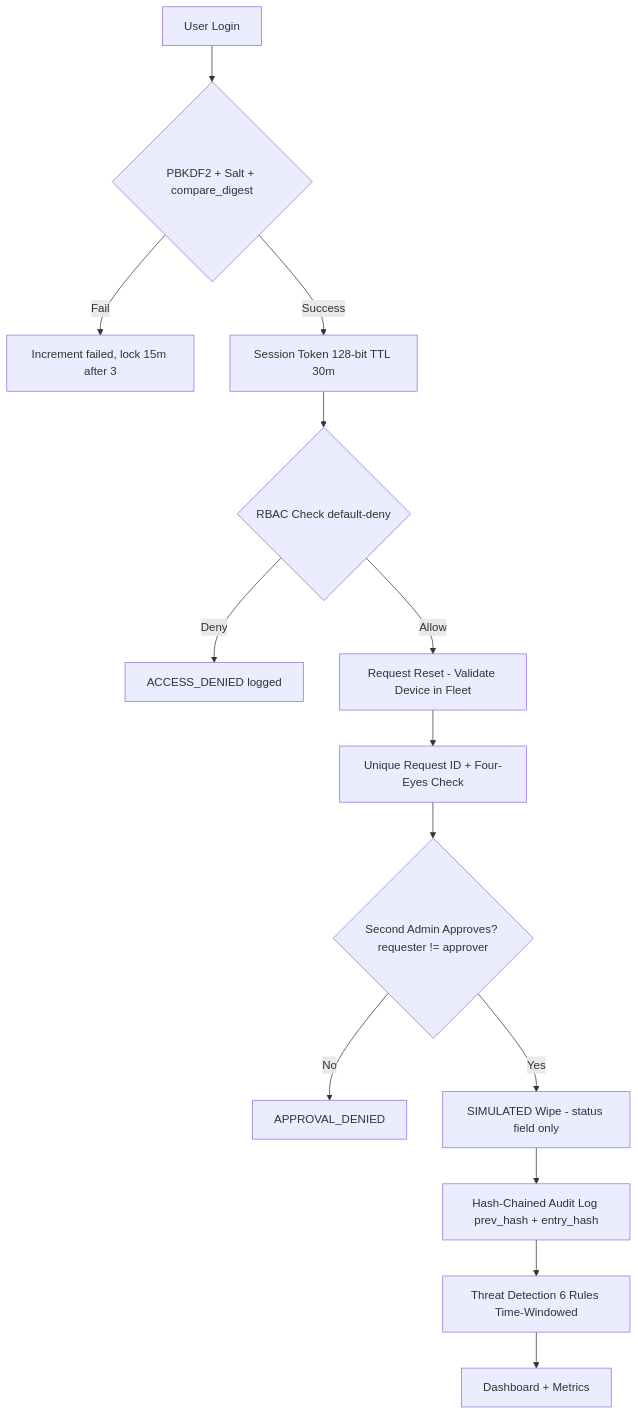
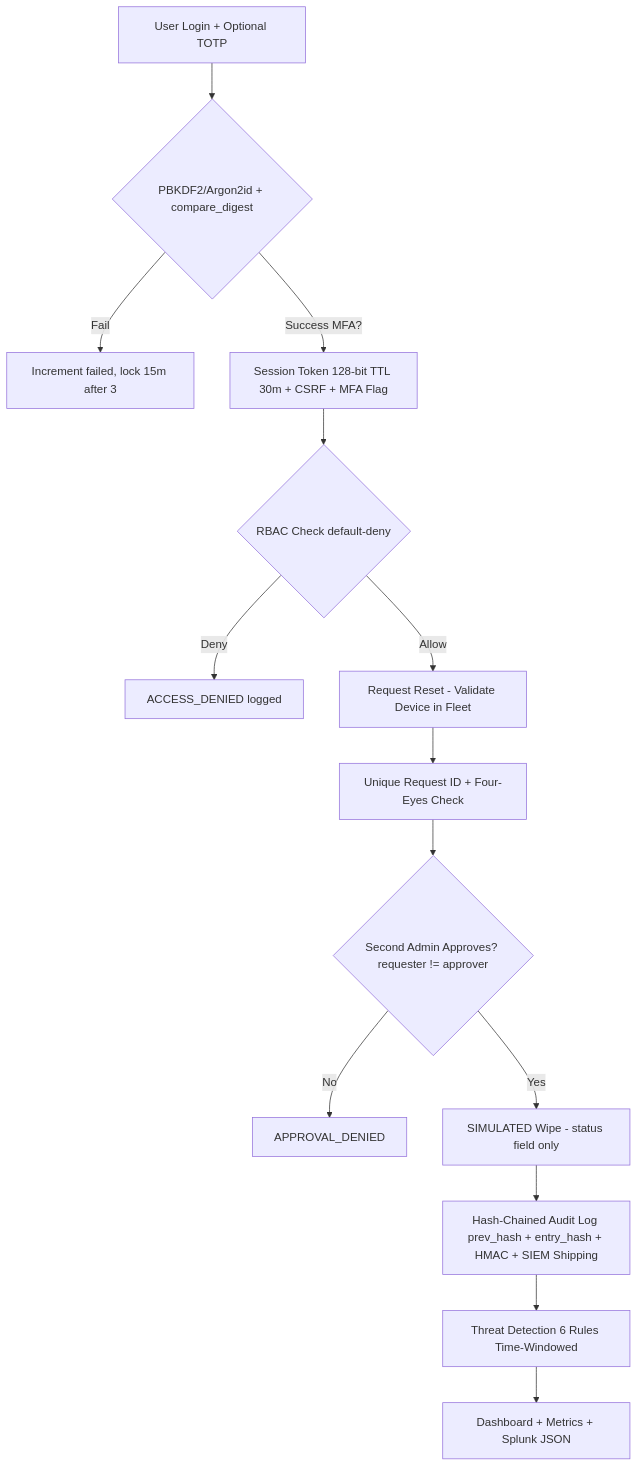
Before and after one commit to Nyaenya-Devine/android-reset-lab: the diagram in README.md, drawn with Mermaid. The commit also changed other lines of this file and 12 other files, not shown here.

````diff
--- a/README.md
+++ b/README.md
@@ -83,16 +87,16 @@
 ```mermaid
 flowchart TD
-    A[User Login] --> B{PBKDF2 + Salt + compare_digest}
+    A[User Login + Optional TOTP] --> B{PBKDF2/Argon2id + compare_digest}
     B -->|Fail| C[Increment failed, lock 15m after 3]
-    B -->|Success| D[Session Token 128-bit TTL 30m]
+    B -->|Success MFA?| D[Session Token 128-bit TTL 30m + CSRF + MFA Flag]
     D --> E{RBAC Check default-deny}
     E -->|Deny| F[ACCESS_DENIED logged]
     E -->|Allow| G[Request Reset - Validate Device in Fleet]
     G --> H[Unique Request ID + Four-Eyes Check]
     H --> I{Second Admin Approves? requester != approver}
     I -->|No| J[APPROVAL_DENIED]
     I -->|Yes| K[SIMULATED Wipe - status field only]
-    K --> L[Hash-Chained Audit Log prev_hash + entry_hash]
+    K --> L[Hash-Chained Audit Log prev_hash + entry_hash + HMAC + SIEM Shipping]
     L --> M[Threat Detection 6 Rules Time-Windowed]
-    M --> N[Dashboard + Metrics]
+    M --> N[Dashboard + Metrics + Splunk JSON]
 ```
````
